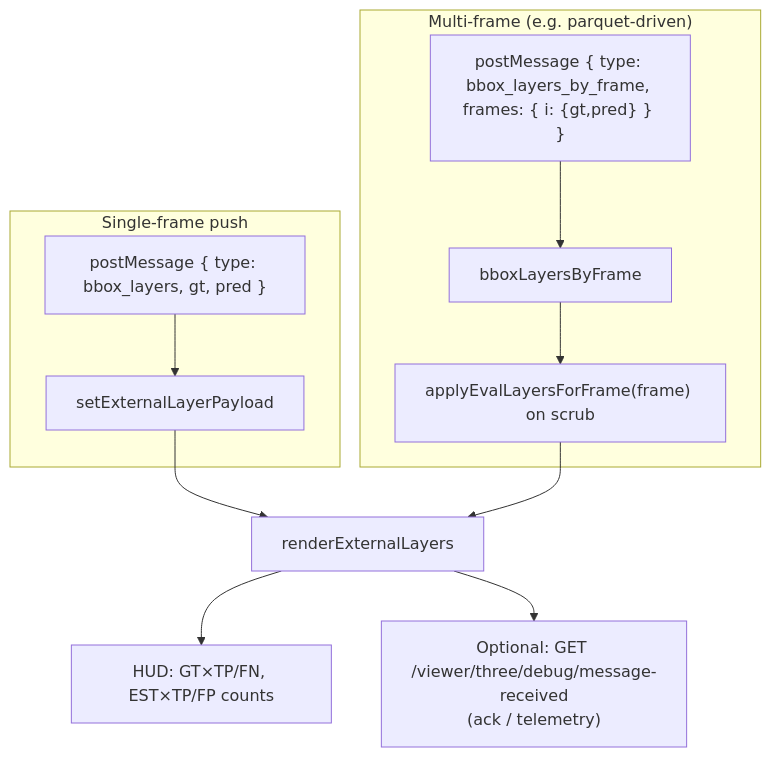
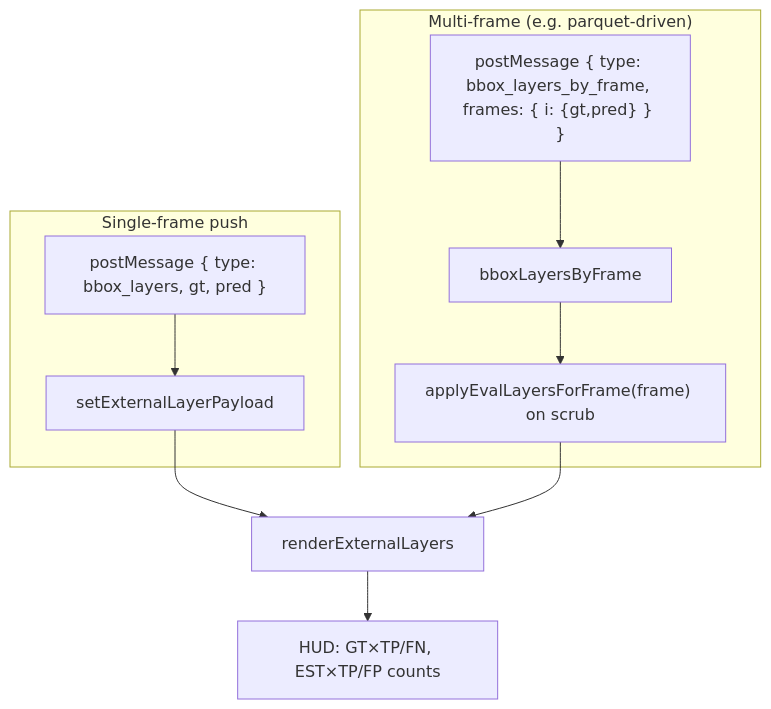
One commit to ogrex/evaluator_result_parser changed the fifth of 6 diagrams in docs/viewer_3d_pipeline.md. Above: the diagram before and after it, drawn with Mermaid. The commit also changed other lines of this file, not shown here.

First line of the commit message:
docs: sync the 3D viewer pipeline doc with the current implementation

````diff
--- a/docs/viewer_3d_pipeline.md
+++ b/docs/viewer_3d_pipeline.md
@@ -128,14 +134,13 @@
 ```mermaid
 flowchart TD
   subgraph A["Single-frame push"]
     PM1["postMessage { type: bbox_layers, gt, pred }"] --> SET["setExternalLayerPayload"]
   end
   subgraph B["Multi-frame (e.g. parquet-driven)"]
     PM2["postMessage { type: bbox_layers_by_frame, frames: { i: {gt,pred} } }"] --> MAP["bboxLayersByFrame"]
     MAP --> APPLY["applyEvalLayersForFrame(frame) on scrub"]
   end
   SET --> R["renderExternalLayers"]
   APPLY --> R
   R --> HUD["HUD: GT×TP/FN, EST×TP/FP counts"]
-  R --> ACK["Optional: GET /viewer/three/debug/message-received\n(ack / telemetry)"]
 ```
````
